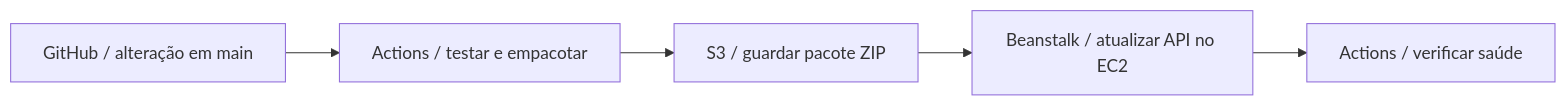
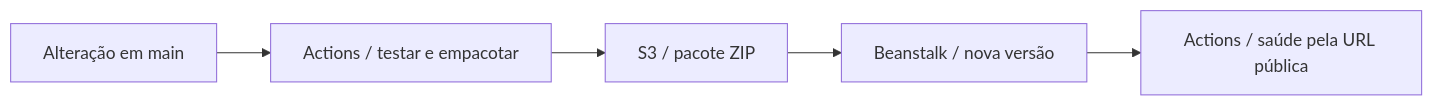
Before and after one commit to boregs/mao-na-roda: the second of 2 diagrams in docs/08-implantacao-aws.md, drawn with Mermaid. The commit also changed other lines of this file, not shown here.

````diff
--- a/docs/08-implantacao-aws.md
+++ b/docs/08-implantacao-aws.md
@@ -41,7 +41,7 @@
 ```mermaid
 flowchart LR
-    Git[GitHub / alteração em main] --> CI[Actions / testar e empacotar]
-    CI --> S3[S3 / guardar pacote ZIP]
-    S3 --> EB[Beanstalk / atualizar API no EC2]
-    EB --> Check[Actions / verificar saúde]
+    Git[Alteração em main] --> CI[Actions / testar e empacotar]
+    CI --> S3[S3 / pacote ZIP]
+    S3 --> EB[Beanstalk / nova versão]
+    EB --> Check[Actions / saúde pela URL pública]
 ```
````
